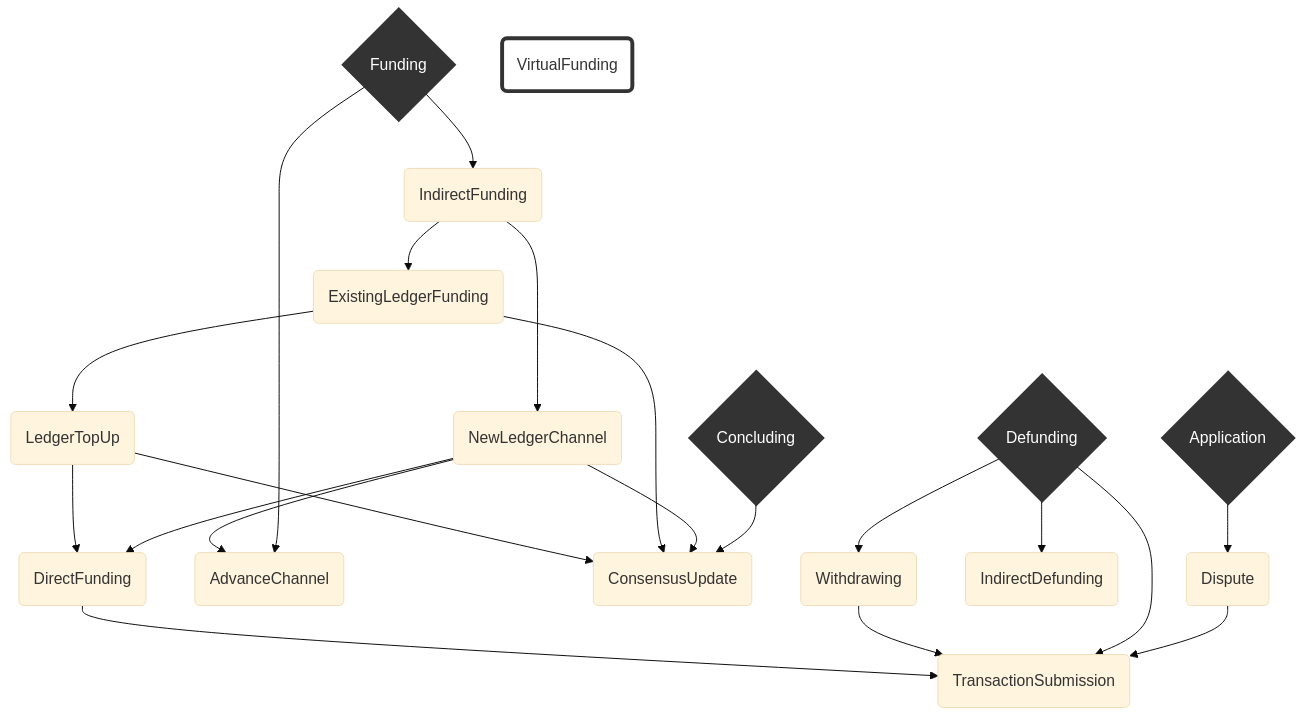
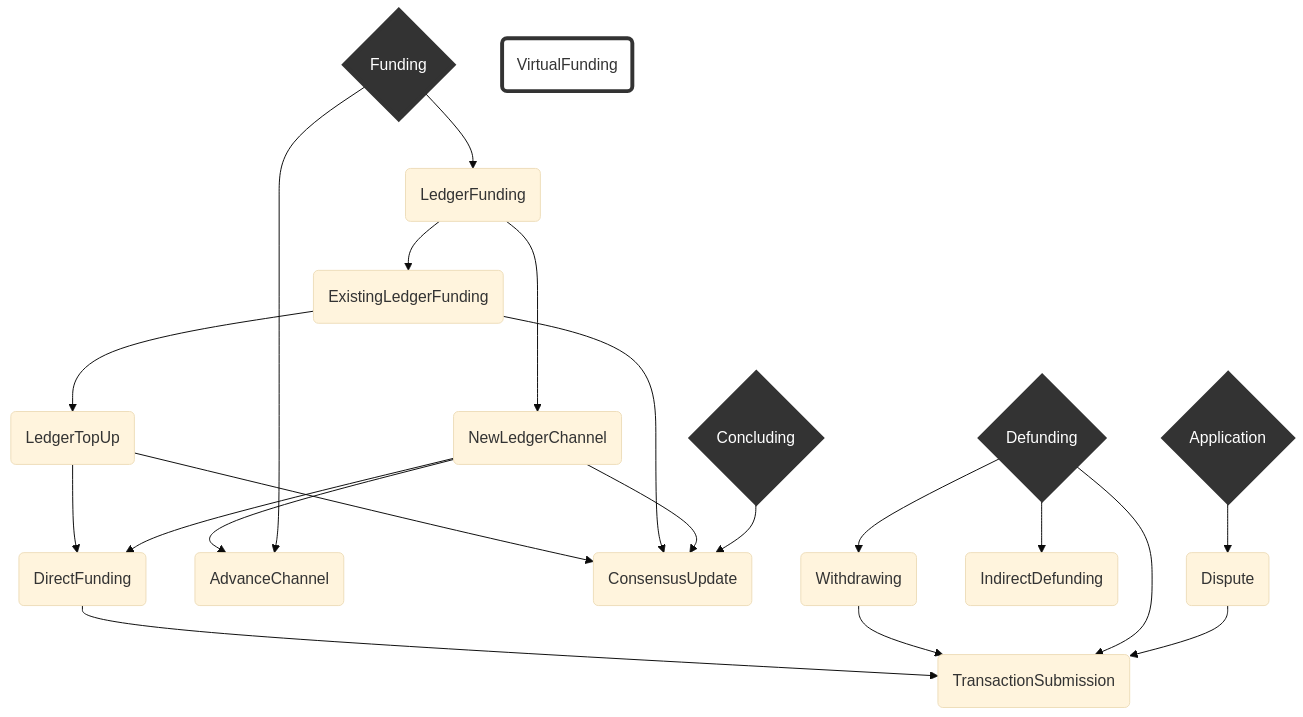
One commit to statechannels/statechannels changed the diagram in packages/rps/packages/wallet/notes/index.md. Above: the diagram before and after it, drawn with Mermaid (base theme). The commit also changed 28 other files, not shown here.

First line of the commit message:
Merge pull request #666 from magmo/ag-rename-indirect-funding

````diff
--- a/packages/rps/packages/wallet/notes/index.md
+++ b/packages/rps/packages/wallet/notes/index.md
@@ -31,48 +31,48 @@
 ```mermaid
 graph TD
   linkStyle default interpolate basis
 
     A{Application}--> D
-    F{Funding}--> idF(IndirectFunding)
+    F{Funding}--> idF(LedgerFunding)
     F --> AC(AdvanceChannel)
     D(Dispute)--> TS
 
 
     C{Concluding}-->CU(ConsensusUpdate)
 
     idF -->  ELF(ExistingLedgerFunding)
     idF --> NLC(NewLedgerChannel)
 
     NLC --> AC(AdvanceChannel)
     NLC --> DF
     NLC --> CU(ConsensusUpdate)
 
     ELF --> LTU(LedgerTopUp)
     ELF --> CU
     LTU --> CU
 
     Df{Defunding}-->idDf(IndirectDefunding)
     Df-->W(Withdrawing)
 
     Df-->TS(TransactionSubmission)
 
     W-->TS
 
     AC(AdvanceChannel)
 
     LTU-->DF(DirectFunding)
 
     DF-->TS
 
 
     VF(VirtualFunding)
 
     classDef TopLevelProtocol stroke:#333,stroke-width:4px,color:#ffff,fill:#333;
 
     classDef OrphanProtocol stroke:#333,stroke-width:4px,fill:#0000;
 
     class A,F,C,Df TopLevelProtocol
     class VF OrphanProtocol
 
 
 ```
````
